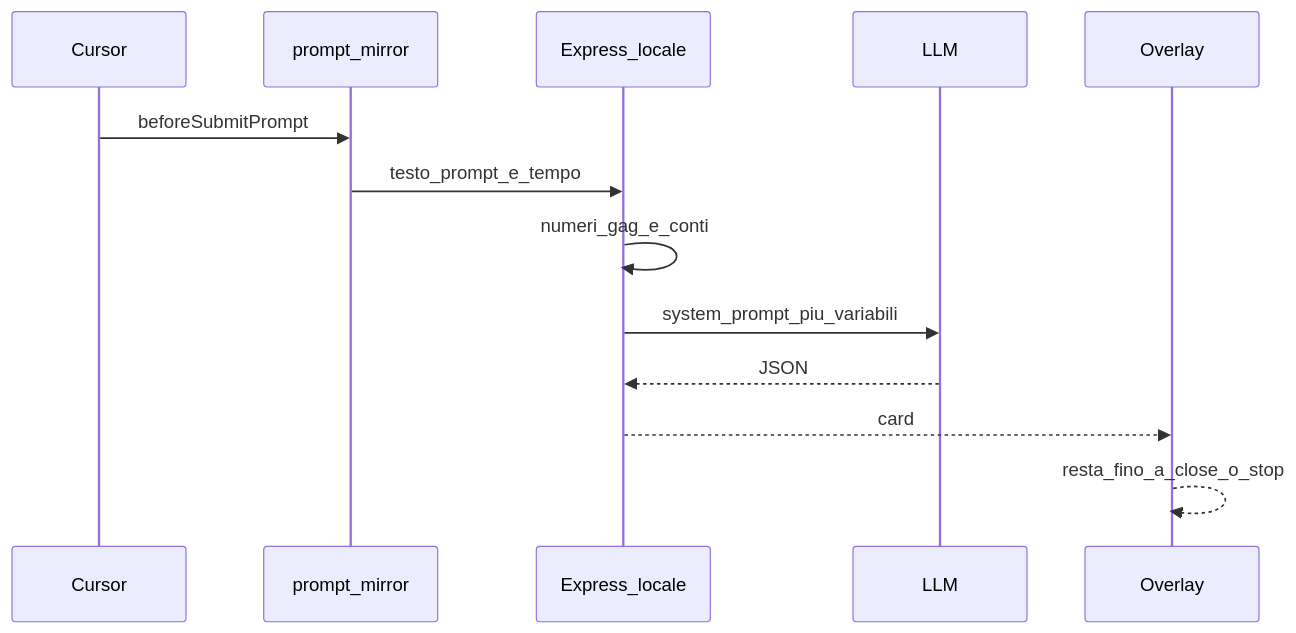
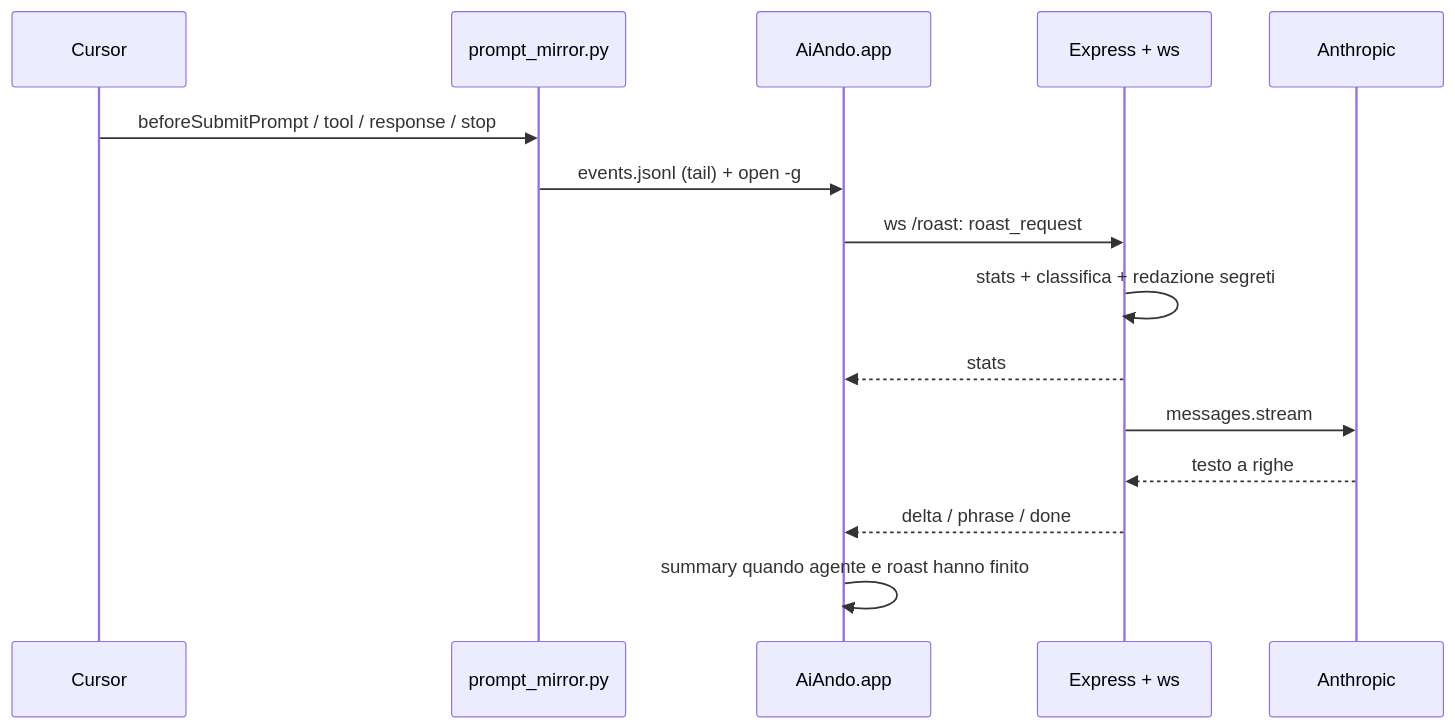
The diagram in docs/ai-ando.md (ChomasDev/CursroProject), drawn with Mermaid before and after one commit. The commit also changed other lines of this file and 1 other file, not shown here.

First line of the commit message:
Document the real roast server and LAN leaderboard design for the hackathon.

````diff
--- a/docs/ai-ando.md
+++ b/docs/ai-ando.md
@@ -111,15 +109,17 @@
 ```mermaid
 sequenceDiagram
   participant Cursor
-  participant Hook as prompt_mirror
-  participant Server as Express_locale
-  participant LLM
-  participant Overlay
-  Cursor->>Hook: beforeSubmitPrompt
-  Hook->>Server: testo_prompt_e_tempo
-  Server->>Server: numeri_gag_e_conti
-  Server->>LLM: system_prompt_piu_variabili
-  LLM-->>Server: JSON
-  Server-->>Overlay: card
-  Overlay-->>Overlay: resta_fino_a_close_o_stop
+  participant Hook as prompt_mirror.py
+  participant App as AiAndo.app
+  participant Server as Express + ws
+  participant LLM as Anthropic
+  Cursor->>Hook: beforeSubmitPrompt / tool / response / stop
+  Hook->>App: events.jsonl (tail) + open -g
+  App->>Server: ws /roast: roast_request
+  Server->>Server: stats + classifica + redazione segreti
+  Server-->>App: stats
+  Server->>LLM: messages.stream
+  LLM-->>Server: testo a righe
+  Server-->>App: delta / phrase / done
+  App->>App: summary quando agente e roast hanno finito
 ```
````
